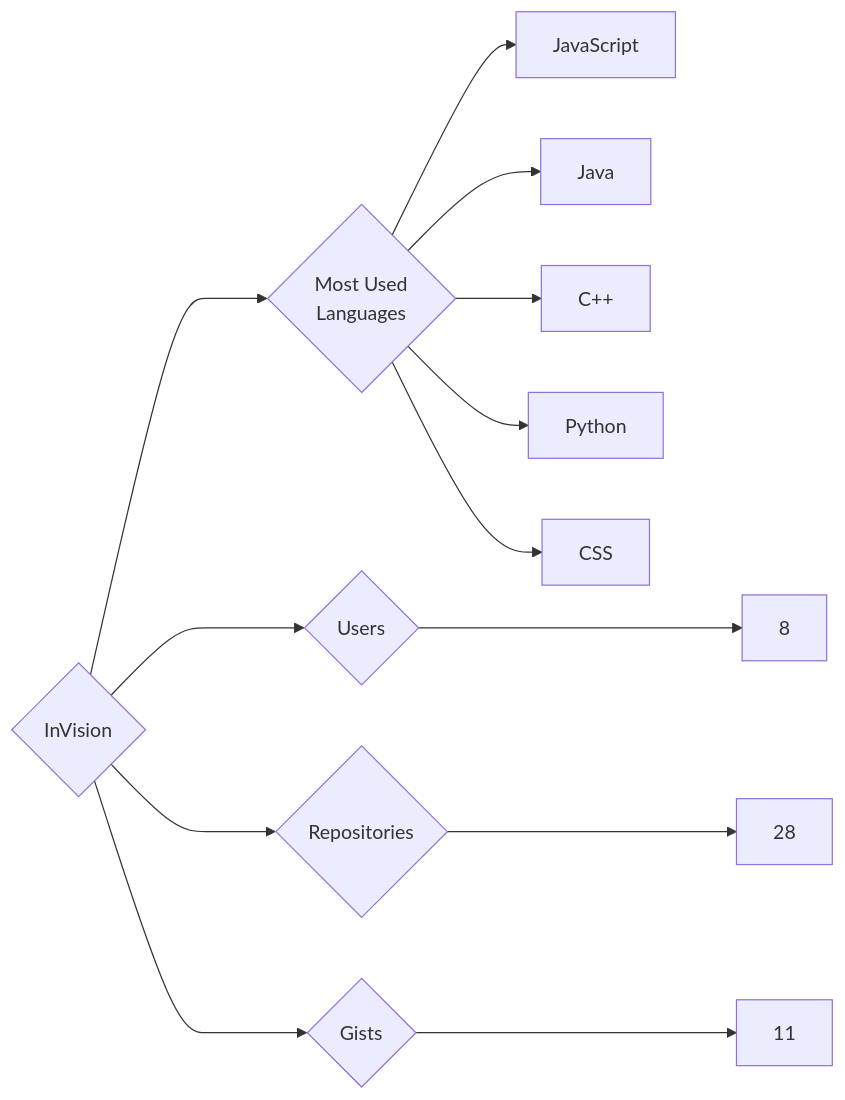
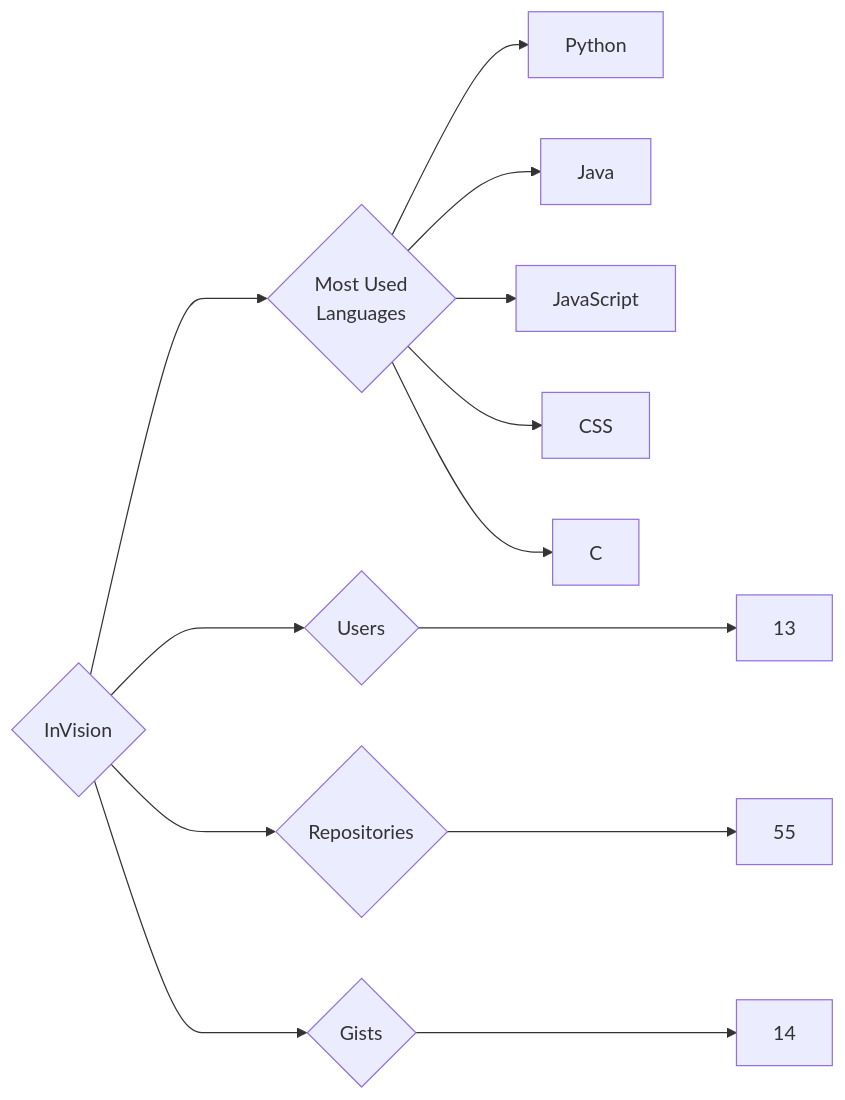
One commit to trickest/insiders changed the diagram in targets/InVision/README.md. Above: the diagram before and after it, drawn with Mermaid. The commit also changed 1120 other files, not shown here.

````diff
--- a/targets/InVision/README.md
+++ b/targets/InVision/README.md
@@ -3,13 +3,13 @@
 ```mermaid
 graph LR
 COMPANY_NAME{InVision}
-COMPANY_NAME ---> U{Users} ---> UN[8]
-COMPANY_NAME ---> R{Repositories} ---> RN[28]
-COMPANY_NAME ---> G{Gists} ---> GN[11]
+COMPANY_NAME ---> U{Users} ---> UN[13]
+COMPANY_NAME ---> R{Repositories} ---> RN[55]
+COMPANY_NAME ---> G{Gists} ---> GN[14]
 COMPANY_NAME ---> ML{Most Used<br>Languages}
+ML --> Python[Python]
+ML --> Java[Java]
 ML --> JavaScript[JavaScript]
-ML --> Java[Java]
-ML --> C++[C++]
-ML --> Python[Python]
 ML --> CSS[CSS]
+ML --> C[C]
 ```
````
